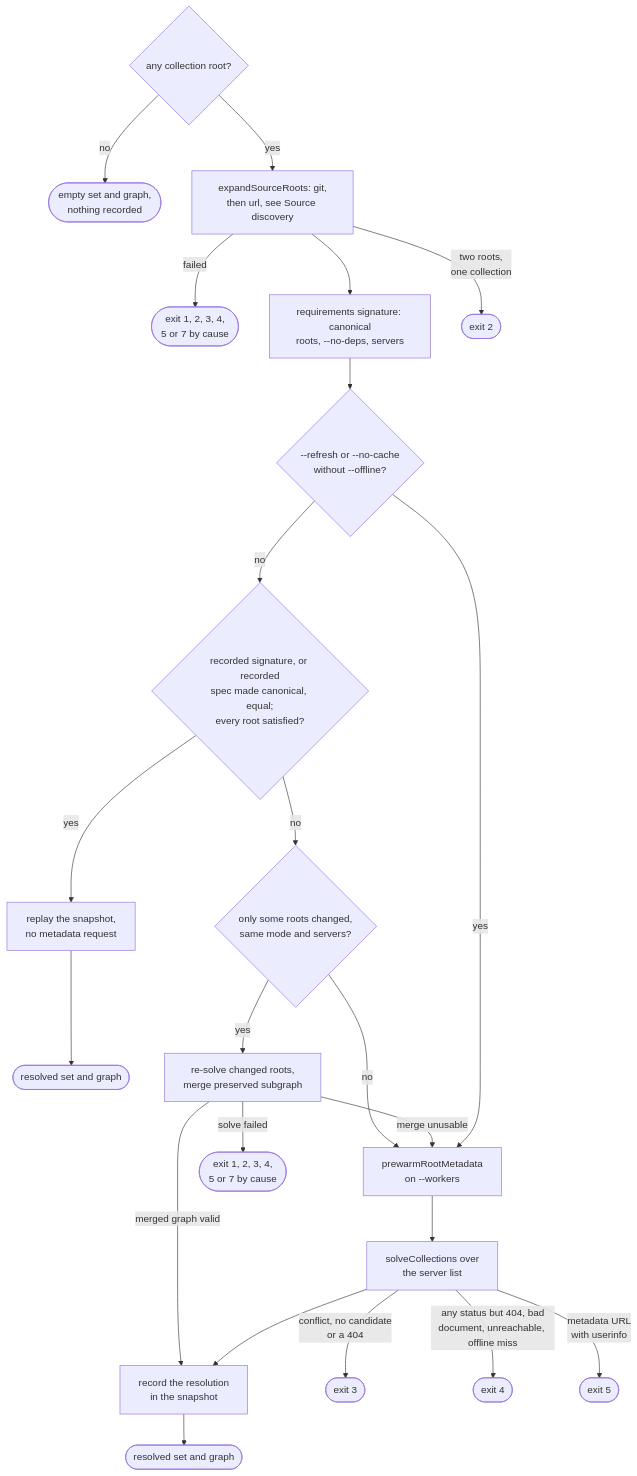
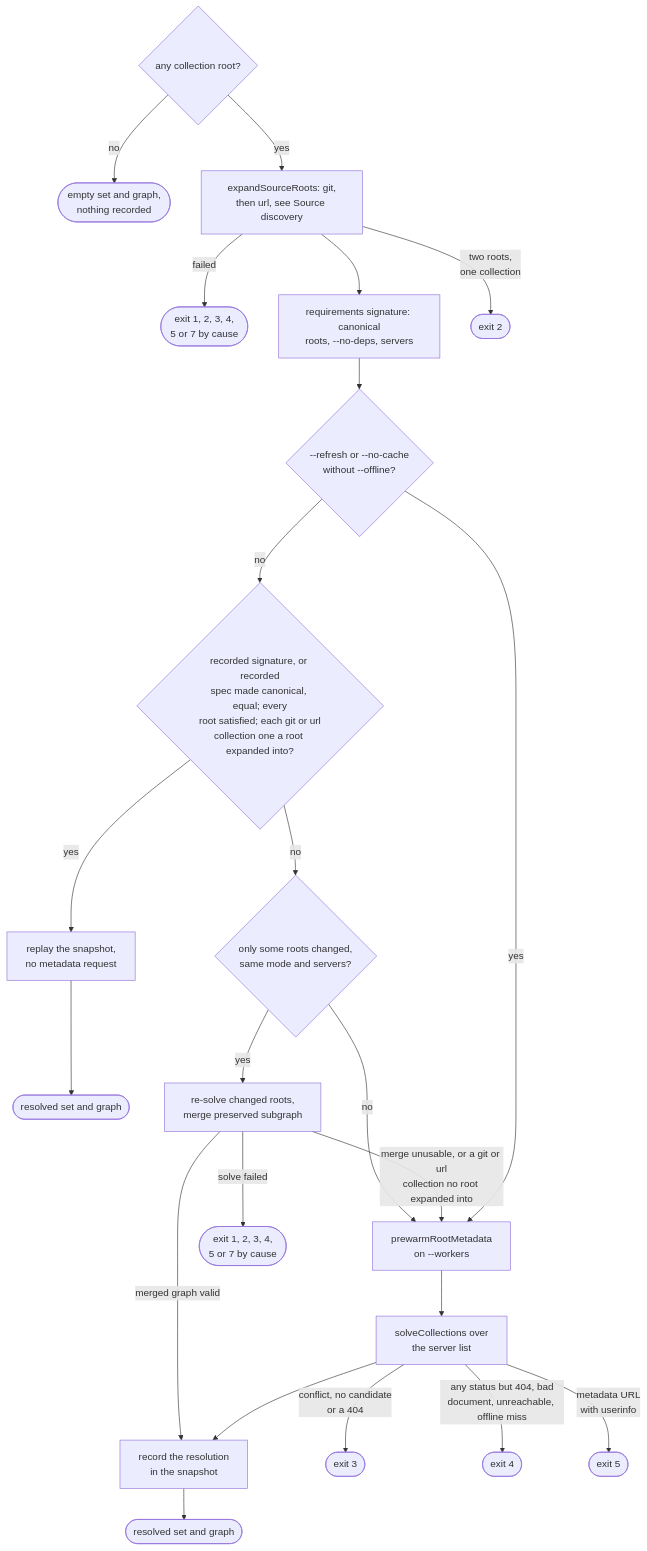
The third of 7 diagrams in docs/internals/flow-install.md (greeddj/go-galaxy), drawn with Mermaid before and after one commit. The commit also changed other lines of this file and 7 other files, not shown here.

````diff
--- a/docs/internals/flow-install.md
+++ b/docs/internals/flow-install.md
@@ -75,25 +75,25 @@
 ```mermaid
 flowchart TD
   R0{"any collection root?"} -->|"no"| R0E(["empty set and graph,<br/>nothing recorded"])
   R0 -->|"yes"| R1["expandSourceRoots: git,<br/>then url, see Source discovery"]
   R1 -->|"failed"| RXD(["exit 1, 2, 3, 4,<br/>5 or 7 by cause"])
   R1 --> R2["requirements signature: canonical<br/>roots, --no-deps, servers"]
   R1 -->|"two roots,<br/>one collection"| RX2(["exit 2"])
   R2 --> R3{"--refresh or --no-cache<br/>without --offline?"}
-  R3 -->|"no"| R4{"recorded signature, or recorded<br/>spec made canonical, equal;<br/>every root satisfied?"}
+  R3 -->|"no"| R4{"recorded signature, or recorded<br/>spec made canonical, equal; every<br/>root satisfied; each git or url<br/>collection one a root expanded into?"}
   R4 -->|"yes"| R5["replay the snapshot,<br/>no metadata request"]
   R5 --> R11A(["resolved set and graph"])
   R4 -->|"no"| R6{"only some roots changed,<br/>same mode and servers?"}
   R6 -->|"no"| R8["prewarmRootMetadata<br/>on --workers"]
   R6 -->|"yes"| R7["re-solve changed roots,<br/>merge preserved subgraph"]
-  R7 -->|"merge unusable"| R8
+  R7 -->|"merge unusable, or a git or url<br/>collection no root expanded into"| R8
   R7 -->|"solve failed"| RXD2(["exit 1, 2, 3, 4,<br/>5 or 7 by cause"])
   R7 -->|"merged graph valid"| R10
   R3 -->|"yes"| R8
   R8 --> R9["solveCollections over<br/>the server list"]
   R9 -->|"conflict, no candidate<br/>or a 404"| RX3(["exit 3"])
   R9 -->|"any status but 404, bad<br/>document, unreachable, offline miss"| RX4(["exit 4"])
   R9 -->|"metadata URL<br/>with userinfo"| RX5(["exit 5"])
   R9 --> R10["record the resolution<br/>in the snapshot"]
   R10 --> R11(["resolved set and graph"])
 ```
````
